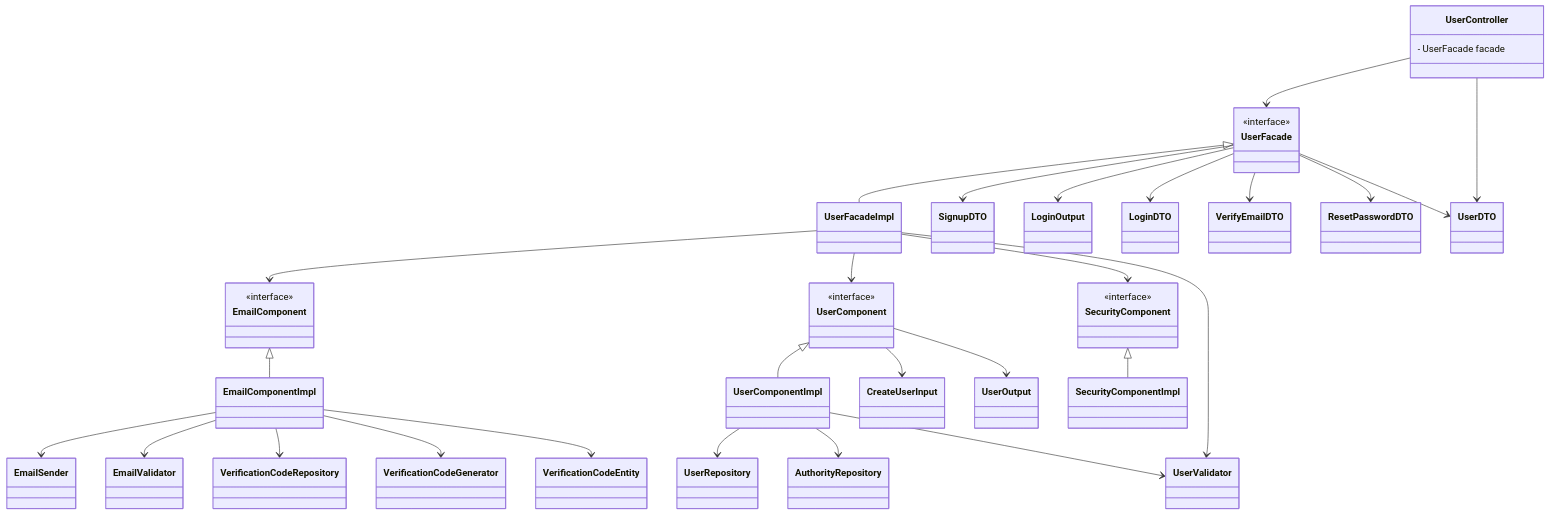
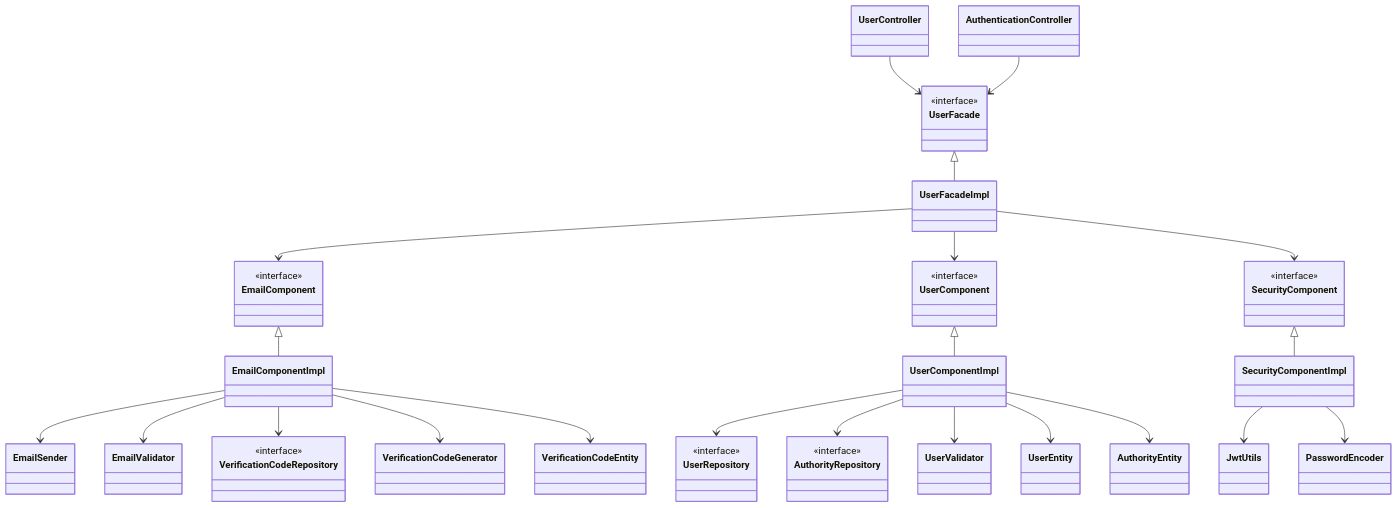
The second of 2 diagrams in README.md (cris6h16/ecommerce-rest-api), drawn with Mermaid before and after one commit. The commit also changed other lines of this file and 8 other files, not shown here.

````diff
--- a/README.md
+++ b/README.md
@@ -108,10 +135,8 @@
 ```mermaid
 classDiagram
     class UserController {
-        - UserFacade facade
     }
-
-    class UserDTO {
+    class AuthenticationController {
     }
 
     class UserFacade {
@@ -150,60 +175,49 @@
     class EmailValidator {
     }
     class VerificationCodeRepository {
+        <<interface>>
     }
     class VerificationCodeGenerator {
     }
 
-    class SignupDTO {
-    }
-    class LoginOutput {
-    }
-    class LoginDTO {
-    }
-    class VerifyEmailDTO {
+    class VerificationCodeEntity {
     }
 
-    class ResetPasswordDTO {
-    }
-    class VerificationCodeEntity {
-    }
-    class CreateUserInput {
-    }
-
-    class UserOutput {
-    }
-    
     class UserRepository {
+        <<interface>>
     }
 
     class AuthorityRepository {
+        <<interface>>
     }
 
+    class UserEntity {
+    }
+    class AuthorityEntity {
+    }
+    class PasswordEncoder {
+    }
+    class JwtUtils {
+    }
     UserController --> UserFacade
+    AuthenticationController --> UserFacade
     UserFacadeImpl --> EmailComponent
     UserFacadeImpl --> UserComponent
     UserFacadeImpl --> SecurityComponent
-    UserFacadeImpl --> UserValidator
     EmailComponent <|-- EmailComponentImpl
     UserComponent <|-- UserComponentImpl
-    UserComponent --> CreateUserInput
-    UserComponent --> UserOutput
     UserComponentImpl --> UserRepository
     UserComponentImpl --> AuthorityRepository
     UserComponentImpl --> UserValidator
+    UserComponentImpl --> UserEntity
+    UserComponentImpl --> AuthorityEntity
     SecurityComponent <|-- SecurityComponentImpl
-    UserController --> UserDTO
+    SecurityComponentImpl --> JwtUtils
+    SecurityComponentImpl --> PasswordEncoder
     EmailComponentImpl --> EmailSender
     EmailComponentImpl --> EmailValidator
     EmailComponentImpl --> VerificationCodeRepository
     EmailComponentImpl --> VerificationCodeGenerator
     EmailComponentImpl --> VerificationCodeEntity
     UserFacade <|-- UserFacadeImpl
-    UserFacade --> SignupDTO
-    UserFacade --> LoginOutput
-    UserFacade --> LoginDTO
-    UserFacade --> VerifyEmailDTO
-    UserFacade --> ResetPasswordDTO
-    UserFacade --> UserDTO
-
 ```
````
